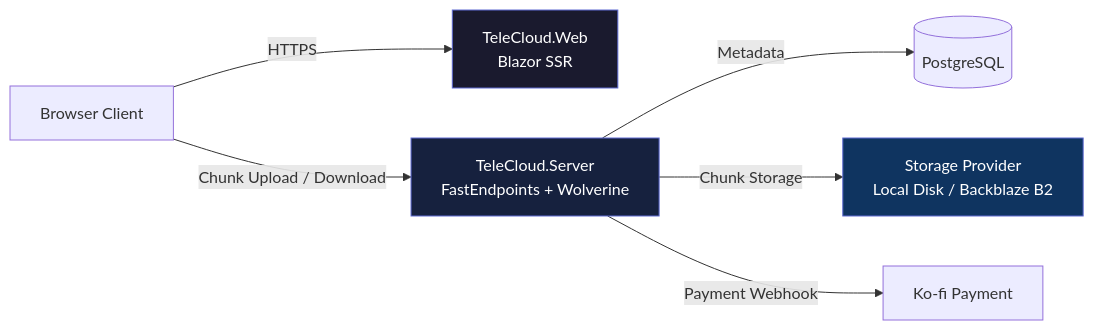
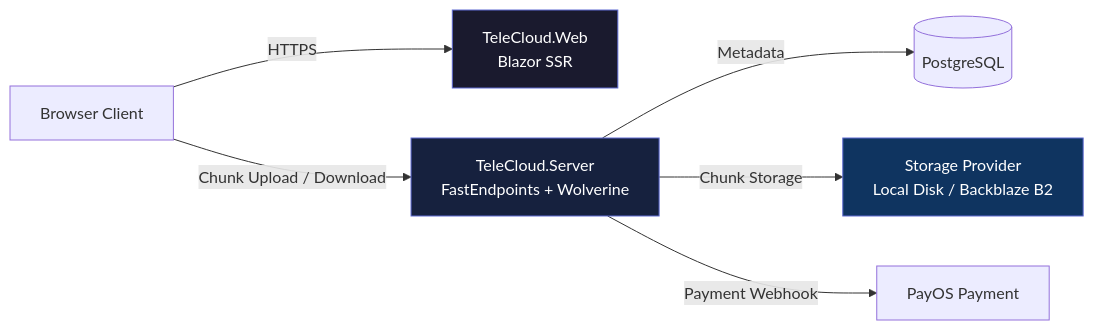
Before and after one commit to chicuong2k3/quickshare: the diagram in _bmad-output/architecture/architecture-TeleCloud-owned-storage-2026-07-19/ARCHITECTURE-SPINE.md, drawn with Mermaid. The commit also changed other lines of this file and 32 other files, not shown here.

First line of the commit message:
Migrate plan upgrade/payment flow from Ko-fi to PayOS

````diff
--- a/_bmad-output/architecture/architecture-TeleCloud-owned-storage-2026-07-19/ARCHITECTURE-SPINE.md
+++ b/_bmad-output/architecture/architecture-TeleCloud-owned-storage-2026-07-19/ARCHITECTURE-SPINE.md
@@ -30,12 +30,12 @@
 ```mermaid
 flowchart LR
     Browser[Browser Client] -->|HTTPS| Web[TeleCloud.Web<br/>Blazor SSR]
     Browser -->|Chunk Upload / Download| API[TeleCloud.Server<br/>FastEndpoints + Wolverine]
     API -->|Metadata| PG[(PostgreSQL)]
     API -->|Chunk Storage| Storage[Storage Provider<br/>Local Disk / Backblaze B2]
-    API -->|Payment Webhook| KoFi[Ko-fi Payment]
+    API -->|Payment Webhook| PayOS[PayOS Payment]
 
     style Web fill:#1a1a2e,stroke:#5E6AD2,color:#fff
     style API fill:#16213e,stroke:#5E6AD2,color:#fff
     style Storage fill:#0f3460,stroke:#5E6AD2,color:#fff
 ```
````
